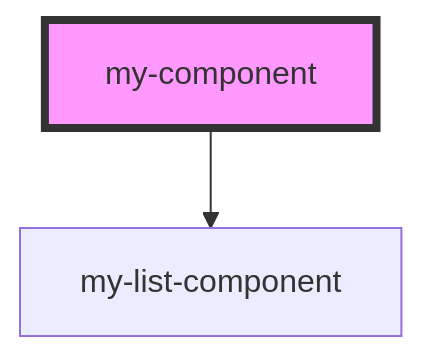
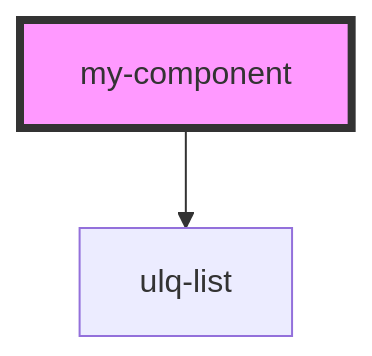
Before and after one commit to Ulquios/my-list-component: the diagram in src/components/my-component/readme.md, drawn with Mermaid. The commit also changed other lines of this file and 9 other files, not shown here.

````diff
--- a/src/components/my-component/readme.md
+++ b/src/components/my-component/readme.md
@@ -15,5 +15,5 @@
 ```mermaid
 graph TD;
-  my-component --> my-list-component
+  my-component --> ulq-list
   style my-component fill:#f9f,stroke:#333,stroke-width:4px
 ```
````
